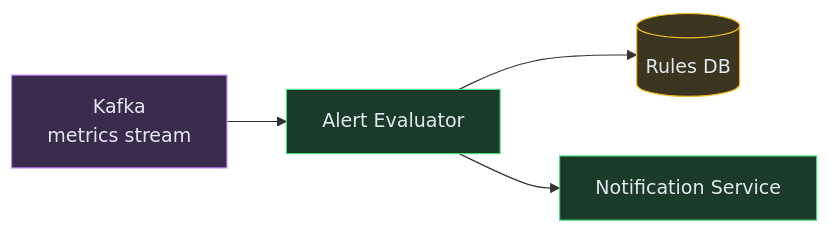
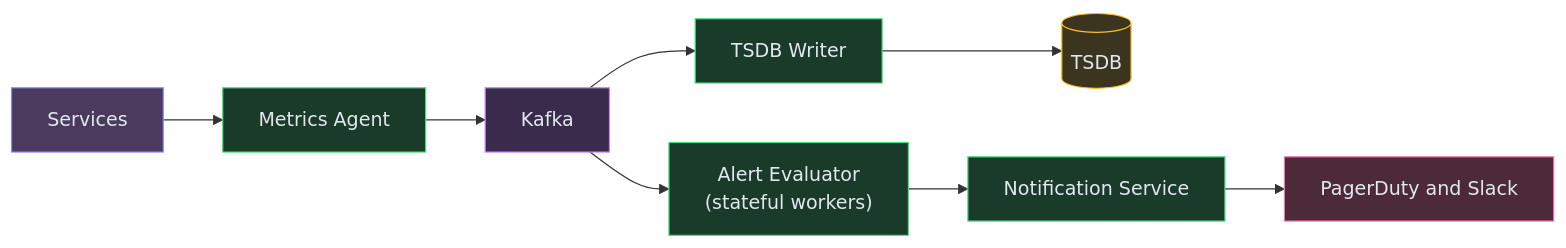
The fourth of 7 diagrams in content/hld/MetricsMonitoring.md (iluzn/HLD-Designs), drawn with Mermaid before and after one commit. The commit also changed other lines of this file and 26 other files, not shown here.

````diff
--- a/content/hld/MetricsMonitoring.md
+++ b/content/hld/MetricsMonitoring.md
@@ -144,15 +261,25 @@
 ```mermaid
 flowchart LR
-    KAFKA["Kafka<br/>metrics stream"]:::async
-    EVAL["Alert Evaluator"]:::service
-    RULES[("Rules DB")]:::data
+    APPS["Services"]:::client
+    AGENT["Metrics Agent"]:::service
+    KAFKA["Kafka"]:::async
+    WRITER["TSDB Writer"]:::service
+    TSDB[("TSDB")]:::data
+    ALERT["Alert Evaluator<br/>(stateful workers)"]:::service
     NOTIFY["Notification Service"]:::service
+    PD["PagerDuty and Slack"]:::external
 
-    KAFKA --> EVAL
-    EVAL --> RULES
-    EVAL --> NOTIFY
+    APPS --> AGENT
+    AGENT --> KAFKA
+    KAFKA --> WRITER
+    WRITER --> TSDB
+    KAFKA --> ALERT
+    ALERT --> NOTIFY
+    NOTIFY --> PD
 
+    classDef client fill:#4c3a5e,stroke:#818cf8,color:#e2e8f0
     classDef service fill:#1a3a2a,stroke:#4ade80,color:#e2e8f0
     classDef data fill:#3b3520,stroke:#fbbf24,color:#e2e8f0
     classDef async fill:#3a2a4c,stroke:#c084fc,color:#e2e8f0
+    classDef external fill:#4c2a3a,stroke:#f472b6,color:#e2e8f0
 ```
````
